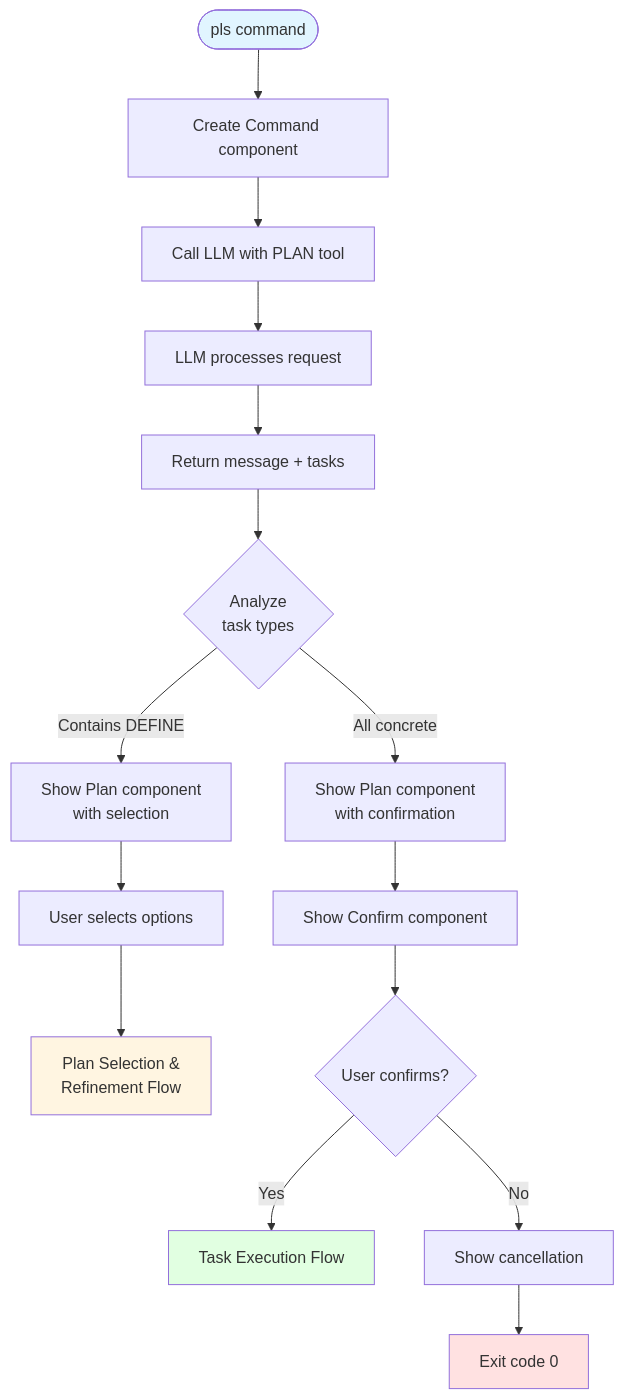
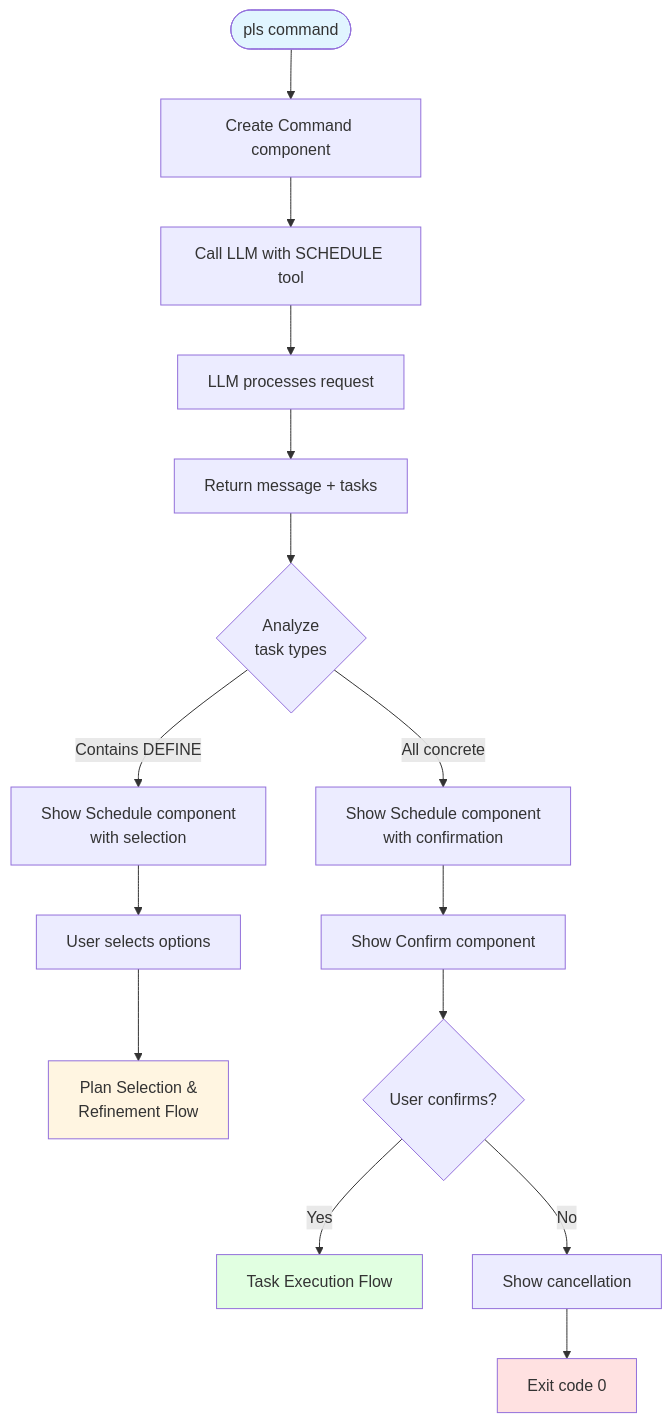
One commit to aswitalski/pls changed the second of 18 diagrams in FLOWS.md. Above: the diagram before and after it, drawn with Mermaid. The commit also changed other lines of this file and 45 other files, not shown here.

````diff
--- a/FLOWS.md
+++ b/FLOWS.md
@@ -89,28 +89,28 @@
 ```mermaid
 flowchart TD
     Start([pls command]) --> CreateCmd[Create Command component]
-    CreateCmd --> CallLLM[Call LLM with PLAN tool]
+    CreateCmd --> CallLLM[Call LLM with SCHEDULE tool]
     CallLLM --> ProcessReq[LLM processes request]
     ProcessReq --> ReturnPlan[Return message + tasks]
 
     ReturnPlan --> AnalyzeTasks{Analyze<br/>task types}
 
-    AnalyzeTasks -->|Contains DEFINE| ShowPlanSelect[Show Plan component<br/>with selection]
-    AnalyzeTasks -->|All concrete| ShowPlanConf[Show Plan component<br/>with confirmation]
+    AnalyzeTasks -->|Contains DEFINE| ShowPlanSelect[Show Schedule component<br/>with selection]
+    AnalyzeTasks -->|All concrete| ShowPlanConf[Show Schedule component<br/>with confirmation]
 
     ShowPlanSelect --> UserSelect[User selects options]
     UserSelect --> Refinement[Plan Selection &<br/>Refinement Flow]
 
     ShowPlanConf --> Confirm[Show Confirm component]
     Confirm --> UserConfirm{User confirms?}
 
     UserConfirm -->|Yes| ExecFlow[Task Execution Flow]
     UserConfirm -->|No| Cancel[Show cancellation]
 
     Cancel --> Exit[Exit code 0]
 
     style Start fill:#e1f5ff
     style Refinement fill:#fff5e1
     style ExecFlow fill:#e1ffe1
     style Exit fill:#ffe1e1
 ```
````
